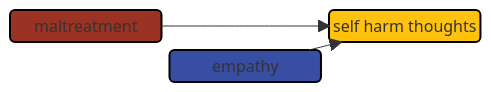
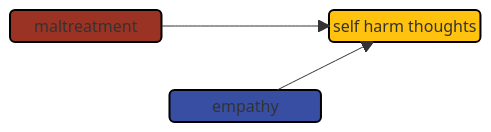
One commit to agrogan1/closeread changed the diagram in empathy/README.md. Above: the diagram before and after it, drawn with Mermaid.

````diff
--- a/empathy/README.md
+++ b/empathy/README.md
@@ -12,17 +12,18 @@
 ```mermaid
 block
   columns 3
   m space sh
-  space   e   space
+  space space space
+  space e space
 
   m("maltreatment") --> sh("self harm thoughts")
 
   e("empathy") --> sh
 
   style m fill:#9A3324,stroke:#000000,stroke-width:2px,color:#FFFFFF;
 
   style e fill:#374EA2,stroke:#000000,stroke-width:2px,color:#FFFFFF;
 
   style sh fill:#FFC20E,stroke:#000000,stroke-width:2px,color:#000000;
 
 ```
````
